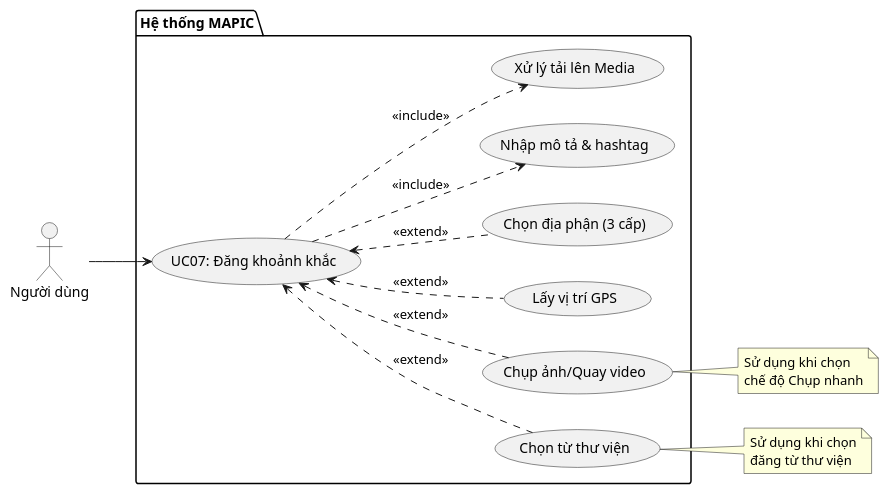
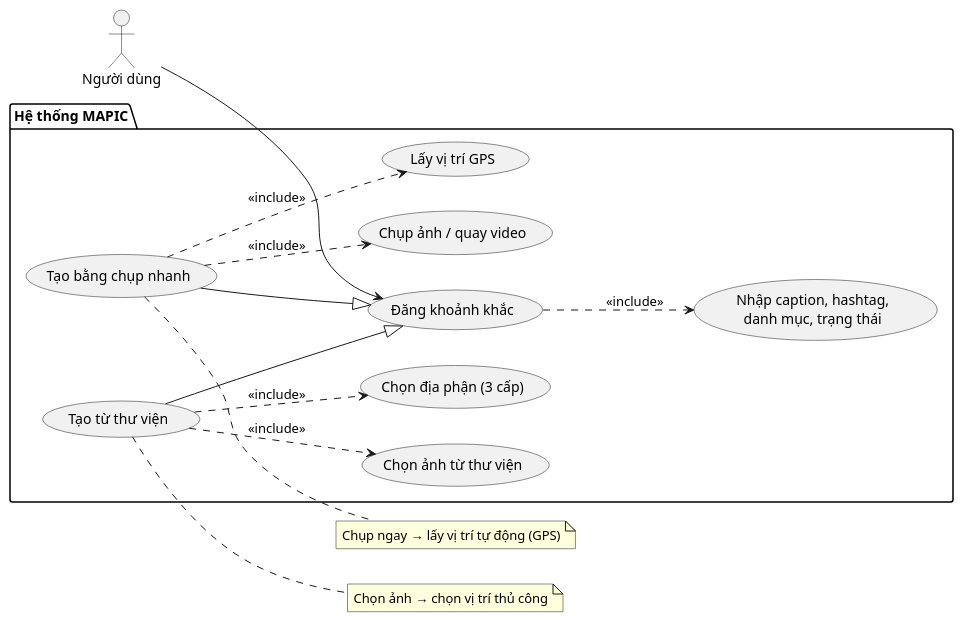
The diagram in docs/UseCaseDiagram/UC07_CreateMoment.puml (truongvi-ute/mapic_api), drawn with PlantUML before and after one commit. The commit also changed 19 other files, not shown here.

```diff
--- a/docs/UseCaseDiagram/UC07_CreateMoment.puml
+++ b/docs/UseCaseDiagram/UC07_CreateMoment.puml
@@ -1,27 +1,49 @@
-@startuml UC07_CreateMoment
+@startuml UC07_CreateMoment_Generalization
 left to right direction
+
 actor "Người dùng" as User
 
 package "Hệ thống MAPIC" {
-    usecase "UC07: Đăng khoảnh khắc" as UC07
-    usecase "Chụp ảnh/Quay video" as UC_Capture
-    usecase "Chọn từ thư viện" as UC_Gallery
+
+    usecase "Đăng khoảnh khắc" as UC07
+
+    ' 2 biến thể
+    usecase "Tạo bằng chụp nhanh" as UC_CaptureFlow
+    usecase "Tạo từ thư viện" as UC_GalleryFlow
+
+    ' Các hành vi chi tiết
+    usecase "Chụp ảnh / quay video" as UC_Capture
+    usecase "Chọn ảnh từ thư viện" as UC_Gallery
+
     usecase "Lấy vị trí GPS" as UC_GPS
     usecase "Chọn địa phận (3 cấp)" as UC_Region
-    usecase "Nhập mô tả & hashtag" as UC_Details
-    usecase "Xử lý tải lên Media" as UC_Upload
+
+    usecase "Nhập caption, hashtag,\ndanh mục, trạng thái" as UC_Details
 }
 
 User --> UC07
 
+' Chuyên biệt hóa
+UC_CaptureFlow --|> UC07
+UC_GalleryFlow --|> UC07
+
+' Flow 1: Chụp nhanh
+UC_CaptureFlow ..> UC_Capture : <<include>>
+UC_CaptureFlow ..> UC_GPS : <<include>>
+
+' Flow 2: Thư viện
+UC_GalleryFlow ..> UC_Gallery : <<include>>
+UC_GalleryFlow ..> UC_Region : <<include>>
+
+' Hành vi chung (áp dụng cho cả 2)
 UC07 ..> UC_Details : <<include>>
-UC07 ..> UC_Upload : <<include>>
 
-UC07 <.. UC_Capture : <<extend>>
-UC07 <.. UC_Gallery : <<extend>>
-UC07 <.. UC_GPS : <<extend>>
-UC07 <.. UC_Region : <<extend>>
+note right of UC_CaptureFlow
+Chụp ngay → lấy vị trí tự động (GPS)
+end note
 
-note right of UC_Capture : Sử dụng khi chọn\nchế độ Chụp nhanh
-note right of UC_Gallery : Sử dụng khi chọn\nđăng từ thư viện
+note right of UC_GalleryFlow
+Chọn ảnh → chọn vị trí thủ công
+end note
+
 @enduml
```
